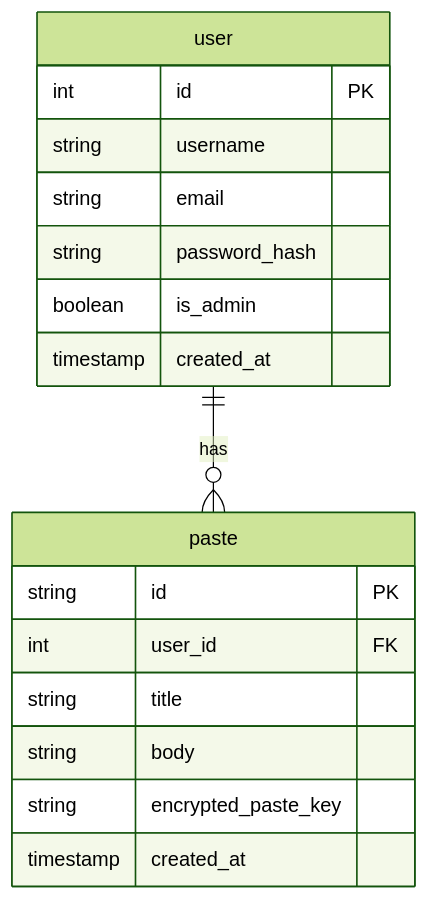
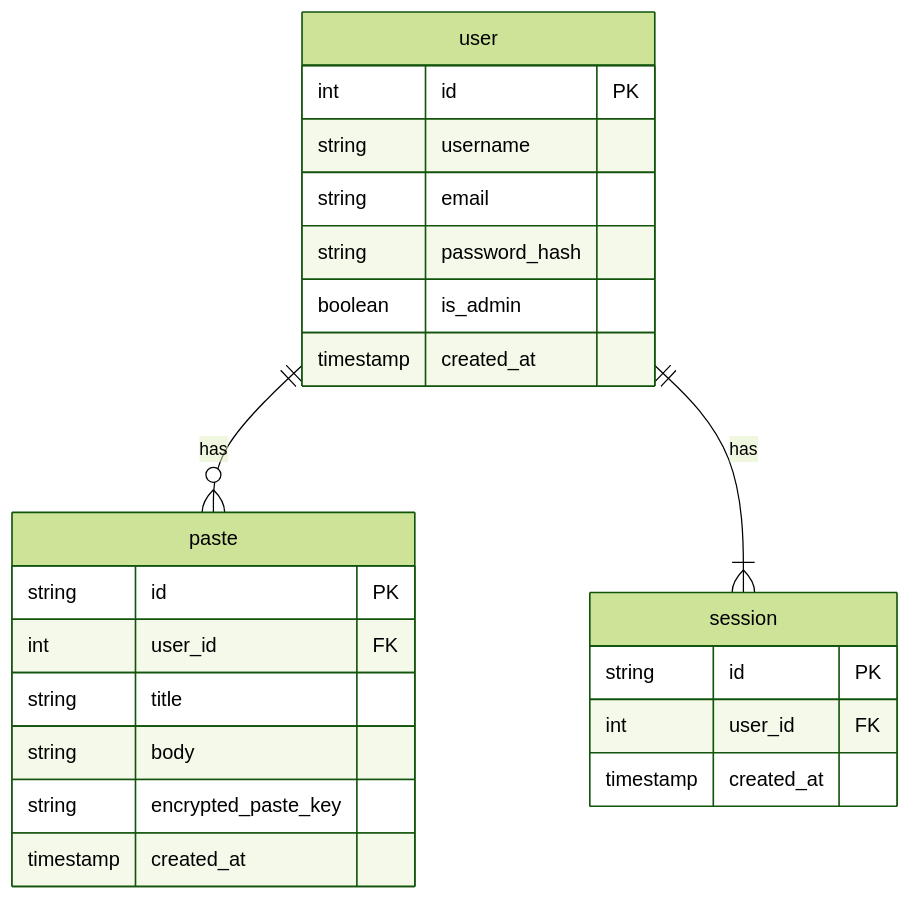
The third of 3 diagrams in docs/ARCHITECTURE.md (jacoboneill/SecureBin), drawn with Mermaid (forest theme) before and after one commit. The commit also changed other lines of this file and 32 other files, not shown here.

````diff
--- a/docs/ARCHITECTURE.md
+++ b/docs/ARCHITECTURE.md
@@ -96,22 +94,29 @@
 ```mermaid
 erDiagram
     user {
         int id PK
         string username
         string email
         string password_hash
         boolean is_admin
         timestamp created_at
     }
 
     paste {
         string id PK
         int user_id FK
         string title
         string body
         string encrypted_paste_key
         timestamp created_at
     }
 
+    session {
+        string id PK
+        int user_id FK
+        timestamp created_at
+    }
+
     user ||--o{ paste : has
+    user ||--|{ session : has
 ```
````
